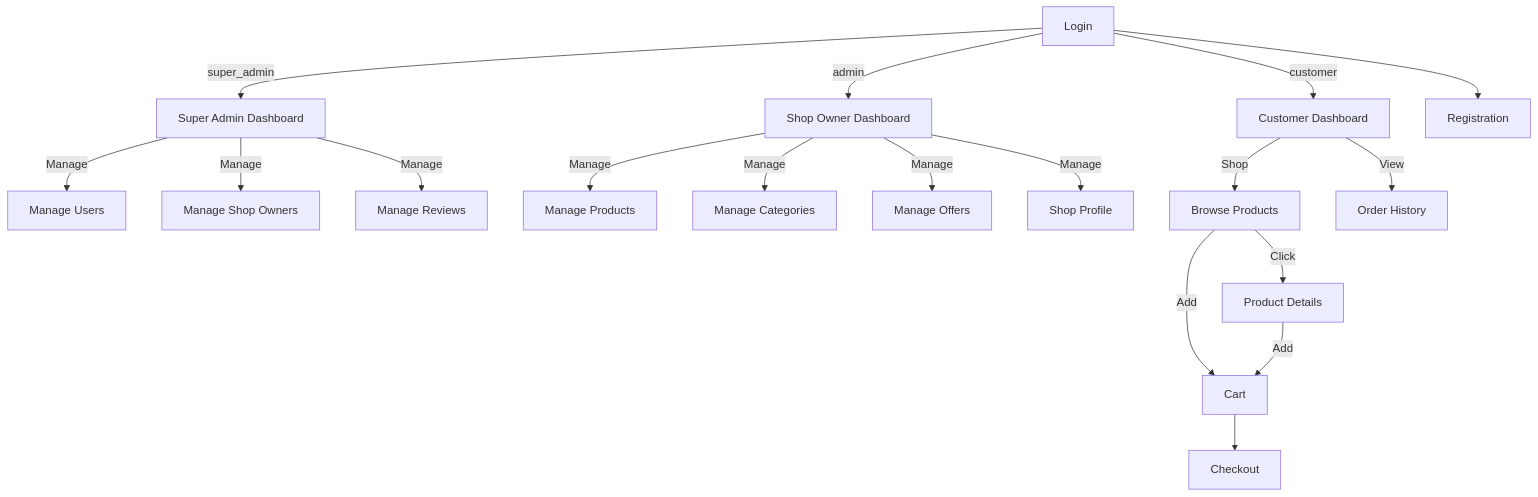
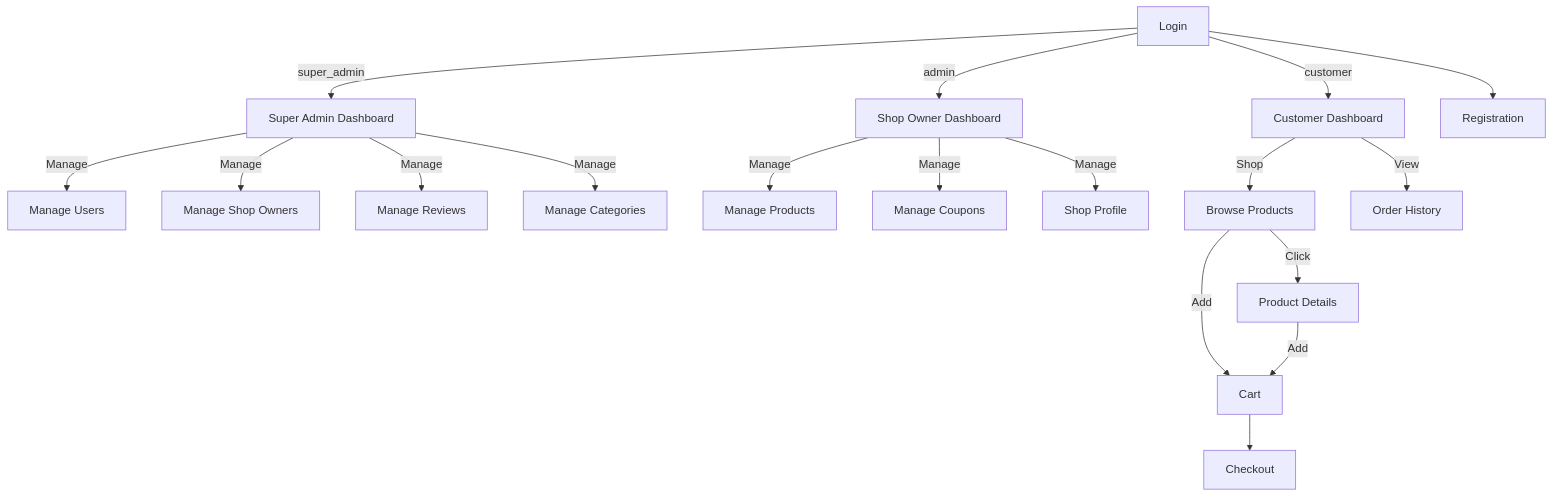
One commit to zarifalafraime/smartphone-cover-shop changed the second of 2 diagrams in README.md. Above: the diagram before and after it, drawn with Mermaid. The commit also changed other lines of this file, not shown here.

Commit message:
docs: regenerate and correct 100% accurate database and UI diagrams

````diff
--- a/README.md
+++ b/README.md
@@ -77,23 +121,23 @@
 ```mermaid
 graph TD
     Login[Login] -->|super_admin| SAD[Super Admin Dashboard]
     Login -->|admin| AD[Shop Owner Dashboard]
     Login -->|customer| CD[Customer Dashboard]
     Login --> Register[Registration]
 
     SAD -->|Manage| MU[Manage Users]
     SAD -->|Manage| MSO[Manage Shop Owners]
     SAD -->|Manage| MR[Manage Reviews]
+    SAD -->|Manage| MC[Manage Categories]
 
     AD -->|Manage| MP[Manage Products]
-    AD -->|Manage| MC[Manage Categories]
-    AD -->|Manage| MO[Manage Offers]
+    AD -->|Manage| MO[Manage Coupons]
     AD -->|Manage| MSP[Shop Profile]
 
     CD -->|Shop| BP[Browse Products]
     CD -->|View| OH[Order History]
     BP -->|Click| PD[Product Details]
     BP -->|Add| Cart[Cart]
     PD -->|Add| Cart
     Cart --> Checkout[Checkout]
 ```
````
